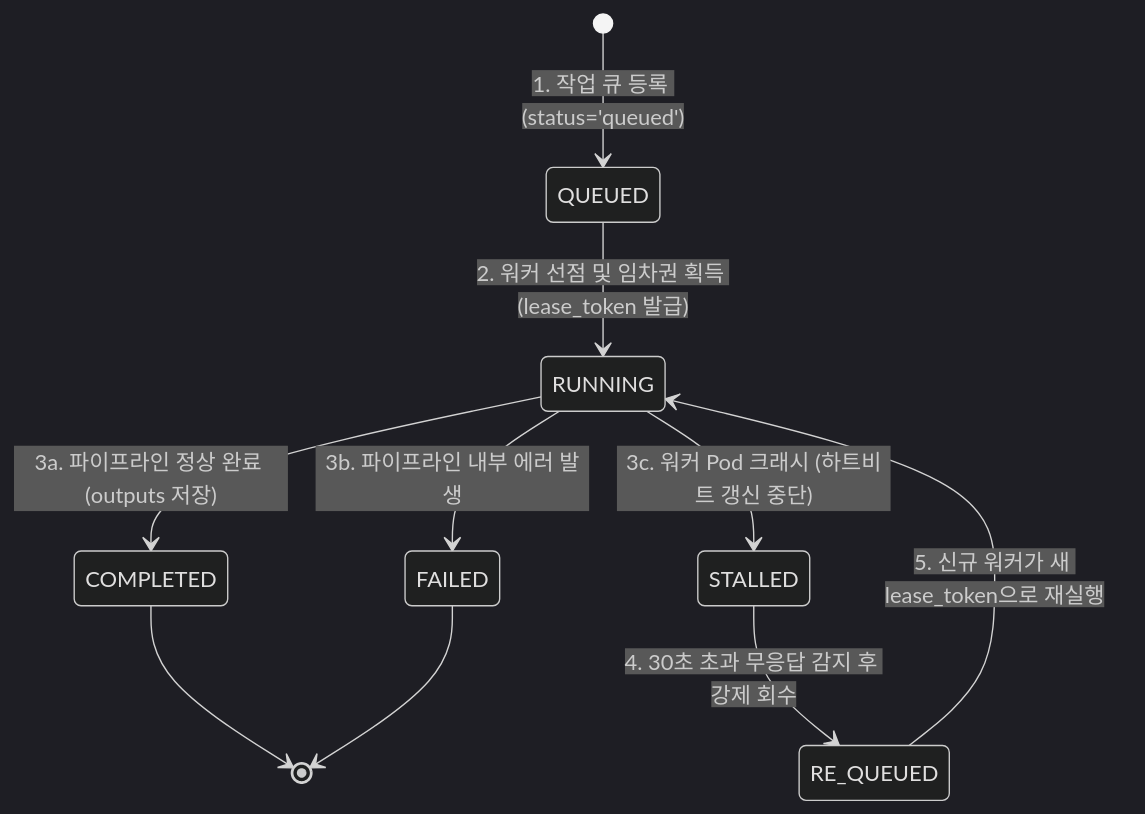
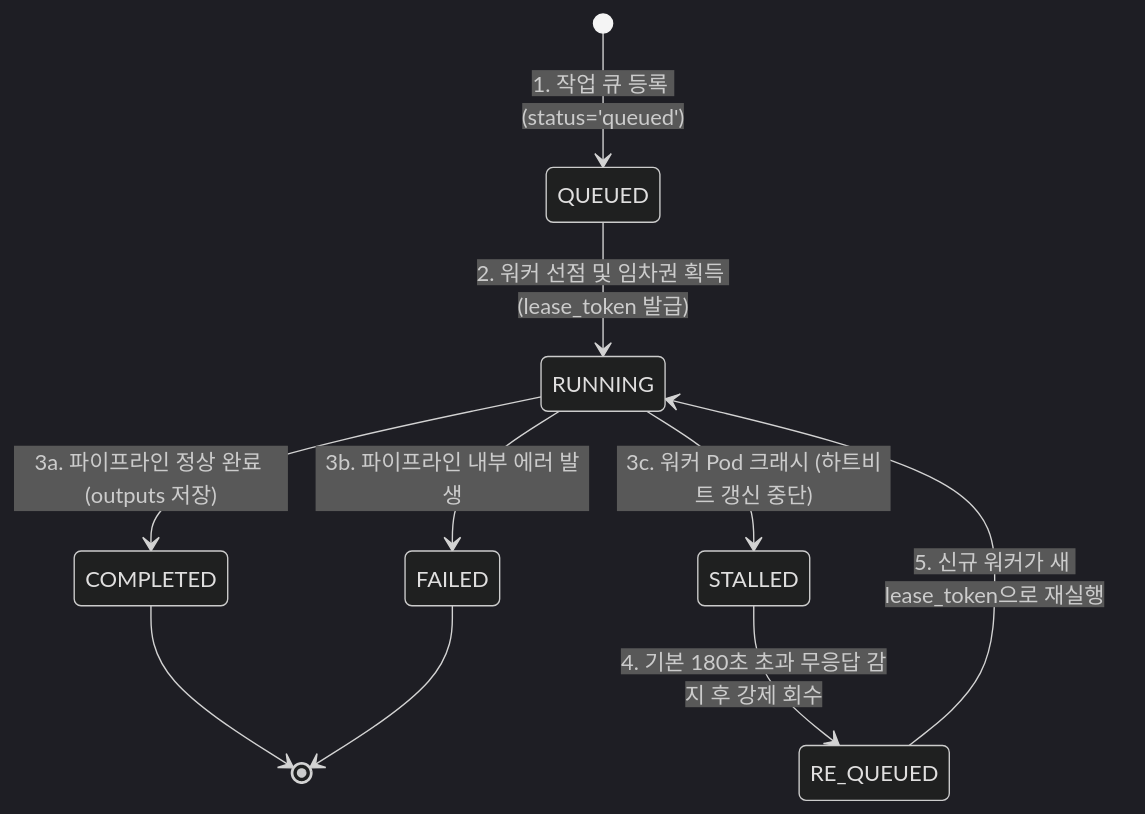
Before and after one commit to bist-mini-final/bist-mini-final: the third of 3 diagrams in docs/blueprints/01_system_blueprints/BP-103_concurrency_and_locking_model.md, drawn with Mermaid (dark theme). The commit also changed other lines of this file and 138 other files, not shown here.

````diff
--- a/docs/blueprints/01_system_blueprints/BP-103_concurrency_and_locking_model.md
+++ b/docs/blueprints/01_system_blueprints/BP-103_concurrency_and_locking_model.md
@@ -111,18 +113,18 @@
 ```mermaid
 stateDiagram-v2
     direction TB
 
     [*] --> QUEUED : 1. 작업 큐 등록 (status='queued')
     
     QUEUED --> RUNNING : 2. 워커 선점 및 임차권 획득 (lease_token 발급)
     
     RUNNING --> COMPLETED : 3a. 파이프라인 정상 완료 (outputs 저장)
     RUNNING --> FAILED : 3b. 파이프라인 내부 에러 발생
     RUNNING --> STALLED : 3c. 워커 Pod 크래시 (하트비트 갱신 중단)
     
-    STALLED --> RE_QUEUED : 4. 30초 초과 무응답 감지 후 강제 회수
+    STALLED --> RE_QUEUED : 4. 기본 180초 초과 무응답 감지 후 강제 회수
     RE_QUEUED --> RUNNING : 5. 신규 워커가 새 lease_token으로 재실행
     
     COMPLETED --> [*]
     FAILED --> [*]
 ```
````
